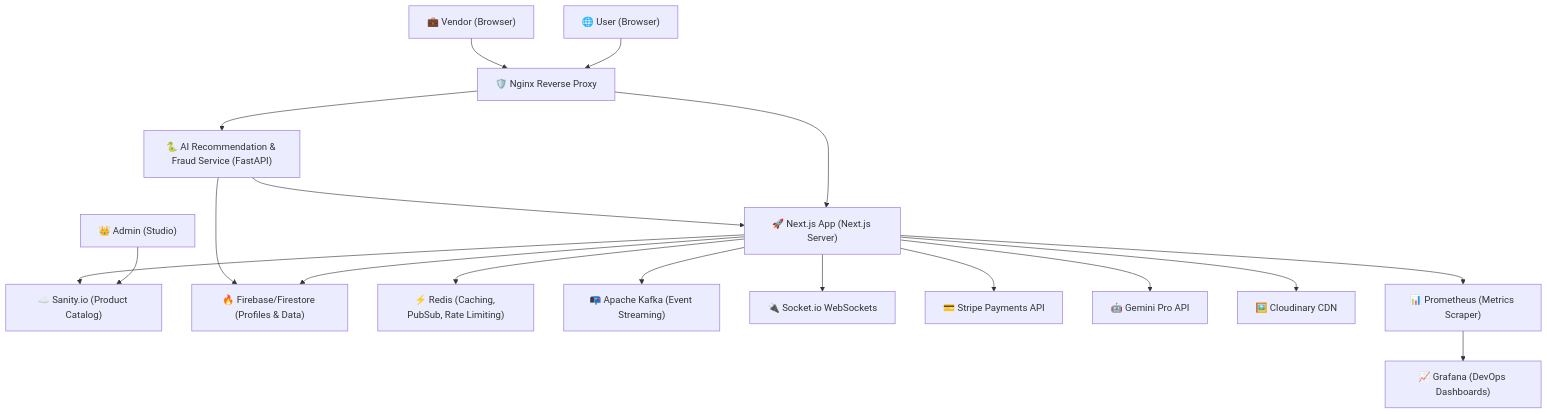
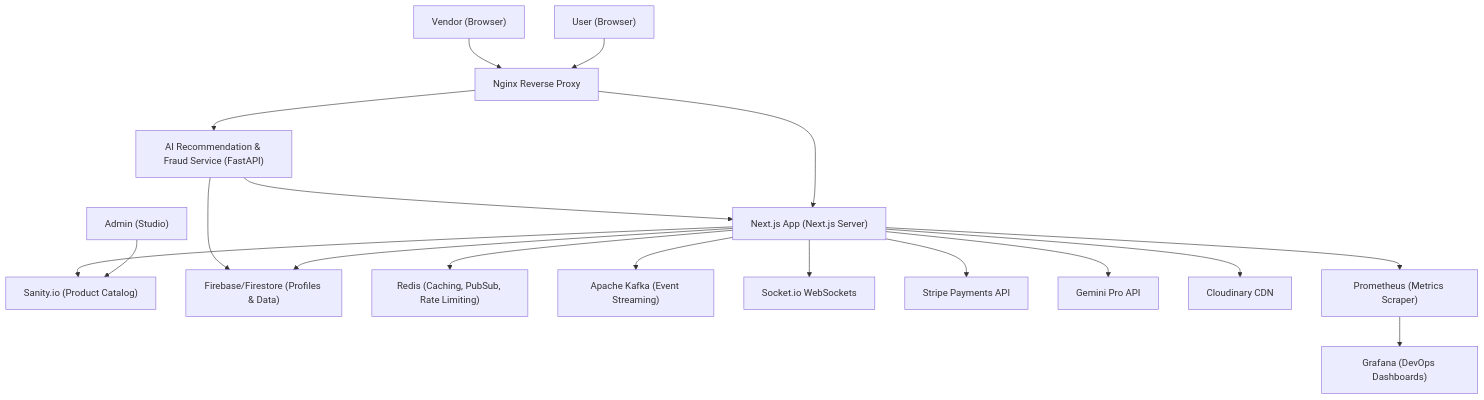
Before and after one commit to FearSmoker/DCart: the diagram in README.md, drawn with Mermaid. The commit also changed other lines of this file, not shown here.

````diff
--- a/README.md
+++ b/README.md
@@ -13,57 +13,57 @@
 ```mermaid
 graph TD
     %% Clients
-    User["🌐 User (Browser)"]
-    Vendor["💼 Vendor (Browser)"]
-    Admin["👑 Admin (Studio)"]
+    User["User (Browser)"]
+    Vendor["Vendor (Browser)"]
+    Admin["Admin (Studio)"]
 
     %% Infrastructure / Gateway
-    Nginx["🛡️ Nginx Reverse Proxy"]
+    Nginx["Nginx Reverse Proxy"]
 
     %% Application Servers
-    NextApp["🚀 Next.js App (Next.js Server)"]
-    FastAPI["🐍 AI Recommendation & Fraud Service (FastAPI)"]
+    NextApp["Next.js App (Next.js Server)"]
+    FastAPI["AI Recommendation & Fraud Service (FastAPI)"]
 
     %% Core Data & CMS
-    Sanity["☁️ Sanity.io (Product Catalog)"]
-    Firebase["🔥 Firebase/Firestore (Profiles & Data)"]
+    Sanity["Sanity.io (Product Catalog)"]
+    Firebase["Firebase/Firestore (Profiles & Data)"]
 
     %% Event Streams & Caching
-    Redis["⚡ Redis (Caching, PubSub, Rate Limiting)"]
-    Kafka["📭 Apache Kafka (Event Streaming)"]
+    Redis["Redis (Caching, PubSub, Rate Limiting)"]
+    Kafka["Apache Kafka (Event Streaming)"]
 
     %% Real-time Socket Server
-    Socket["🔌 Socket.io WebSockets"]
+    Socket["Socket.io WebSockets"]
 
     %% External Services
-    Stripe["💳 Stripe Payments API"]
-    Gemini["🤖 Gemini Pro API"]
-    Cloudinary["🖼️ Cloudinary CDN"]
+    Stripe["Stripe Payments API"]
+    Gemini["Gemini Pro API"]
+    Cloudinary["Cloudinary CDN"]
 
     %% Monitoring Stack
-    Prometheus["📊 Prometheus (Metrics Scraper)"]
-    Grafana["📈 Grafana (DevOps Dashboards)"]
+    Prometheus["Prometheus (Metrics Scraper)"]
+    Grafana["Grafana (DevOps Dashboards)"]
 
     %% Connections
     User --> Nginx
     Vendor --> Nginx
     Admin --> Sanity
 
     Nginx --> NextApp
     Nginx --> FastAPI
 
     NextApp --> Sanity
     NextApp --> Firebase
     NextApp --> Redis
     NextApp --> Kafka
     NextApp --> Socket
     NextApp --> Stripe
     NextApp --> Gemini
     NextApp --> Cloudinary
     NextApp --> Prometheus
 
     FastAPI --> NextApp
     FastAPI --> Firebase
 
     Prometheus --> Grafana
 ```
````
